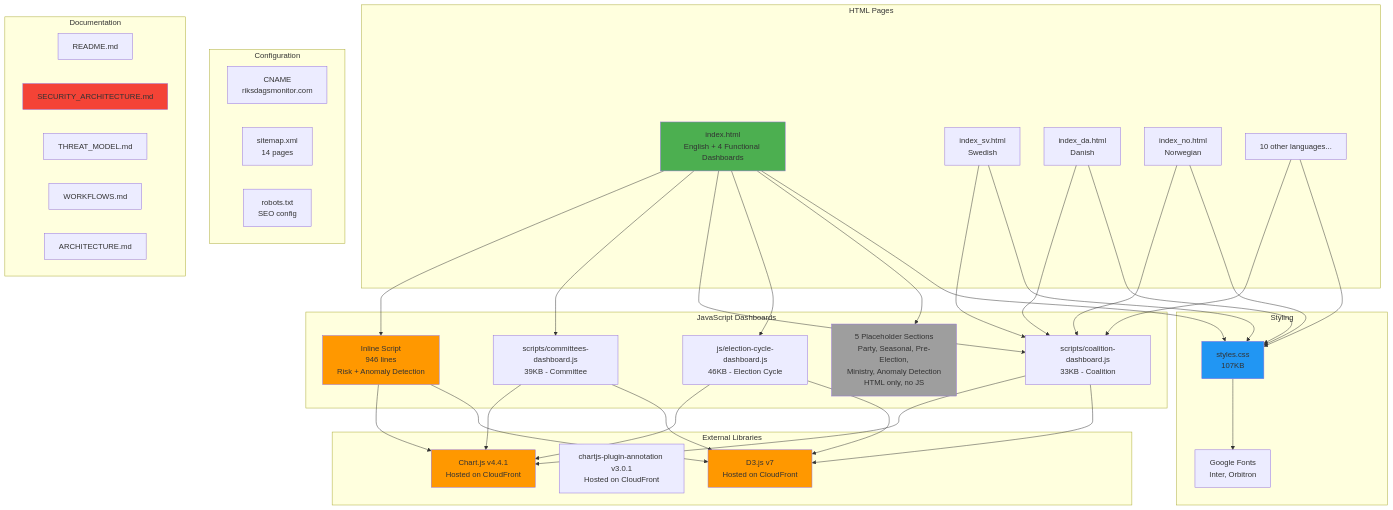
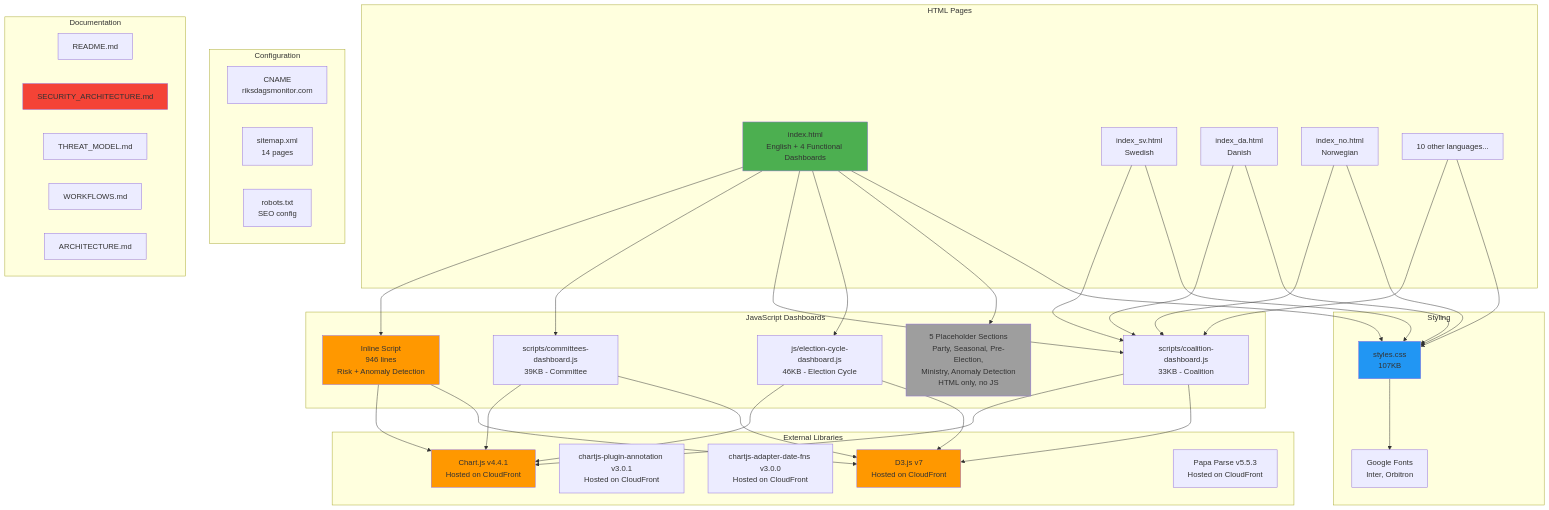
One commit to Hack23/riksdagsmonitor changed the fourth of 11 diagrams in ARCHITECTURE.md. Above: the diagram before and after it, drawn with Mermaid. The commit also changed other lines of this file and 1 other file, not shown here.

Commit message:
Update documentation with new library dependencies (Papa Parse, date adapter)

````diff
--- a/ARCHITECTURE.md
+++ b/ARCHITECTURE.md
@@ -176,78 +176,80 @@
 ```mermaid
 graph TD
     subgraph "HTML Pages"
         Index[index.html<br/>English + 4 Functional Dashboards]
         LangSV[index_sv.html<br/>Swedish]
         LangDA[index_da.html<br/>Danish]
         LangNO[index_no.html<br/>Norwegian]
         LangOther[10 other languages...]
     end
     
     subgraph "JavaScript Dashboards"
         InlineScript[Inline Script<br/>946 lines<br/>Risk + Anomaly Detection]
         ExtJS1[scripts/committees-dashboard.js<br/>39KB - Committee]
         ExtJS2[scripts/coalition-dashboard.js<br/>33KB - Coalition]
         ExtJS3[js/election-cycle-dashboard.js<br/>46KB - Election Cycle]
         Placeholders[5 Placeholder Sections<br/>Party, Seasonal, Pre-Election,<br/>Ministry, Anomaly Detection<br/>HTML only, no JS]
     end
     
     subgraph "Styling"
         CSS[styles.css<br/>107KB]
         Fonts[Google Fonts<br/>Inter, Orbitron]
     end
     
     subgraph ExtLibs["External Libraries"]
         Chart[Chart.js v4.4.1<br/>Hosted on CloudFront]
         ChartPlugin[chartjs-plugin-annotation v3.0.1<br/>Hosted on CloudFront]
+        ChartAdapter[chartjs-adapter-date-fns v3.0.0<br/>Hosted on CloudFront]
         D3[D3.js v7<br/>Hosted on CloudFront]
+        Papa[Papa Parse v5.5.3<br/>Hosted on CloudFront]
     end
     
     subgraph "Configuration"
         CNAME[CNAME<br/>riksdagsmonitor.com]
         Sitemap[sitemap.xml<br/>14 pages]
         Robots[robots.txt<br/>SEO config]
     end
     
     subgraph "Documentation"
         Readme[README.md]
         Security[SECURITY_ARCHITECTURE.md]
         Threat[THREAT_MODEL.md]
         Workflows[WORKFLOWS.md]
         Arch[ARCHITECTURE.md]
     end
     
     Index --> InlineScript
     Index --> ExtJS1
     Index --> ExtJS2
     Index --> ExtJS3
     Index --> Placeholders
     Index --> CSS
     
     LangSV --> ExtJS2
     LangSV --> CSS
     LangDA --> ExtJS2
     LangDA --> CSS
     LangNO --> ExtJS2
     LangNO --> CSS
     LangOther --> ExtJS2
     LangOther --> CSS
     
     InlineScript --> Chart
     InlineScript --> D3
     ExtJS1 --> Chart
     ExtJS1 --> D3
     ExtJS2 --> Chart
     ExtJS2 --> D3
     ExtJS3 --> Chart
     ExtJS3 --> D3
     
     CSS --> Fonts
     
     style Index fill:#4caf50
     style InlineScript fill:#ff9800
     style Placeholders fill:#9e9e9e
     style CSS fill:#2196f3
     style Chart fill:#ff9800
     style D3 fill:#ff9800
     style Security fill:#f44336
 ```
````
